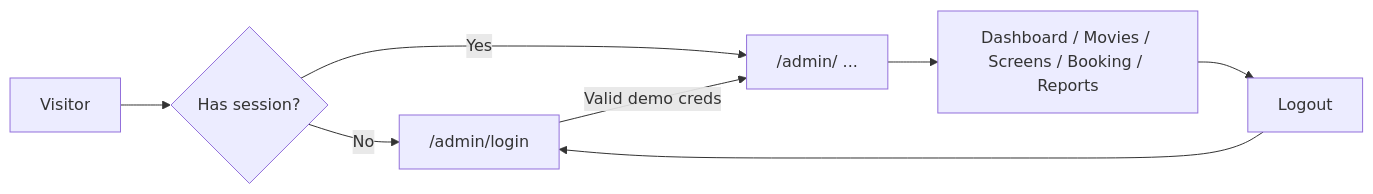
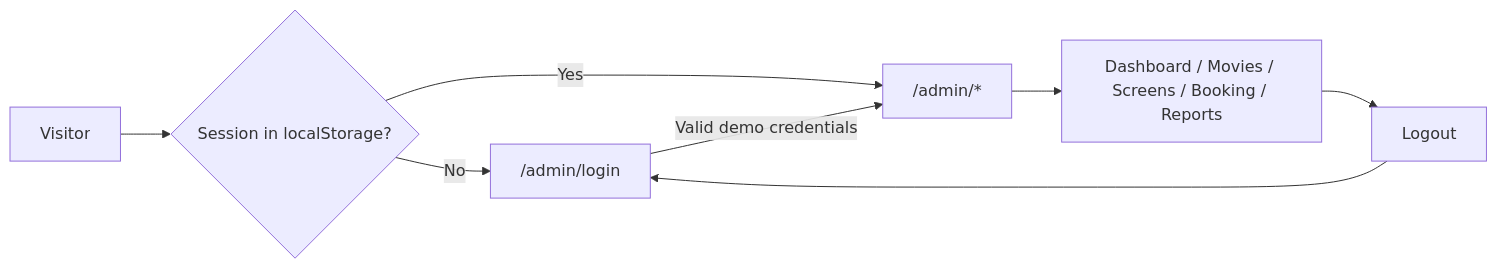
One commit to Jakkarin-Promsee/cpe241-booking-website changed the diagram in README.md. Above: the diagram before and after it, drawn with Mermaid. The commit also changed other lines of this file, not shown here.

Commit message:
docs: refresh README with product tour and architecture sections

````diff
--- a/README.md
+++ b/README.md
@@ -44,10 +52,10 @@
 ```mermaid
 flowchart LR
-  A[Visitor] --> B{Has session?}
+  A[Visitor] --> B{Session in localStorage?}
   B -->|No| C["/admin/login"]
-  B -->|Yes| D["/admin/ ..."]
-  C -->|Valid demo creds| D
+  B -->|Yes| D["/admin/*"]
+  C -->|Valid demo credentials| D
   D --> E[Dashboard / Movies / Screens / Booking / Reports]
   E --> F[Logout]
   F --> C
 ```
````
